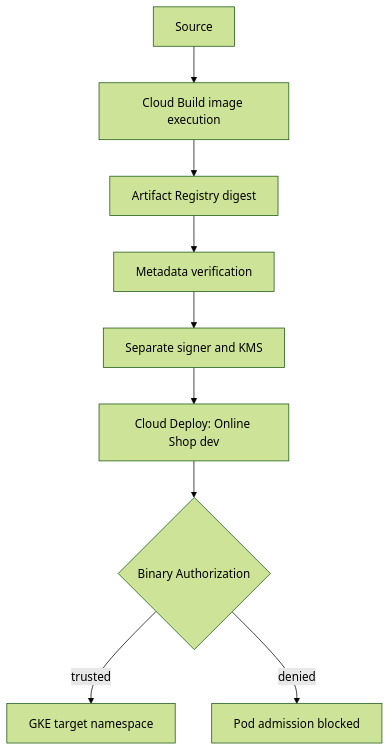
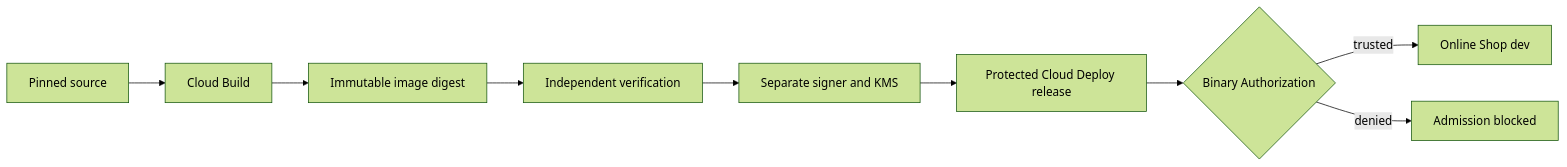
One commit to DimitryZH/secure-delivery-platform changed the diagram in README.md. Above: the diagram before and after it, drawn with Mermaid (forest theme). The commit also changed other lines of this file and 15 other files, not shown here.

Commit message:
docs(architecture): add Online Shop diagrams and recorded screenshots

````diff
--- a/README.md
+++ b/README.md
@@ -7,11 +30,11 @@
 ```mermaid
-flowchart TB
-    Source[Source] --> Build[Cloud Build image execution]
-    Build --> Registry[Artifact Registry digest]
-    Registry --> Verify[Metadata verification]
+flowchart LR
+    Source[Pinned source] --> Build[Cloud Build]
+    Build --> Registry[Immutable image digest]
+    Registry --> Verify[Independent verification]
     Verify --> Sign[Separate signer and KMS]
-    Sign --> Deploy[Cloud Deploy: Online Shop dev]
+    Sign --> Deploy[Protected Cloud Deploy release]
     Deploy --> Admission{Binary Authorization}
-    Admission -->|trusted| Runtime[GKE target namespace]
-    Admission -->|denied| Blocked[Pod admission blocked]
+    Admission -->|trusted| Runtime[Online Shop dev]
+    Admission -->|denied| Blocked[Admission blocked]
 ```
````
